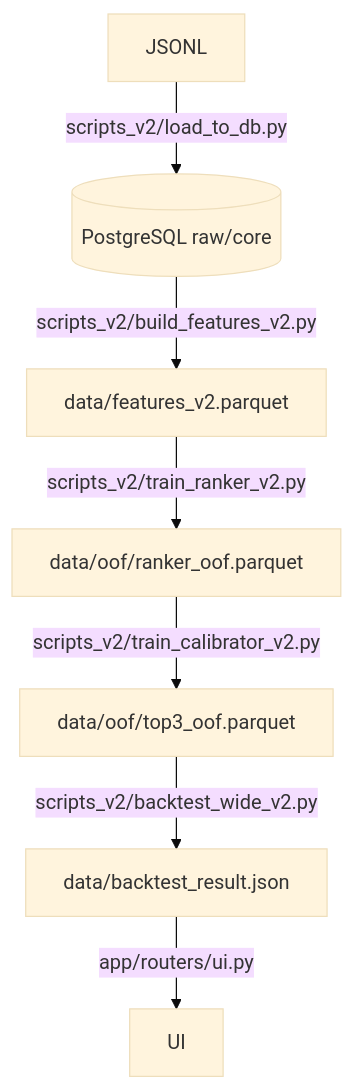
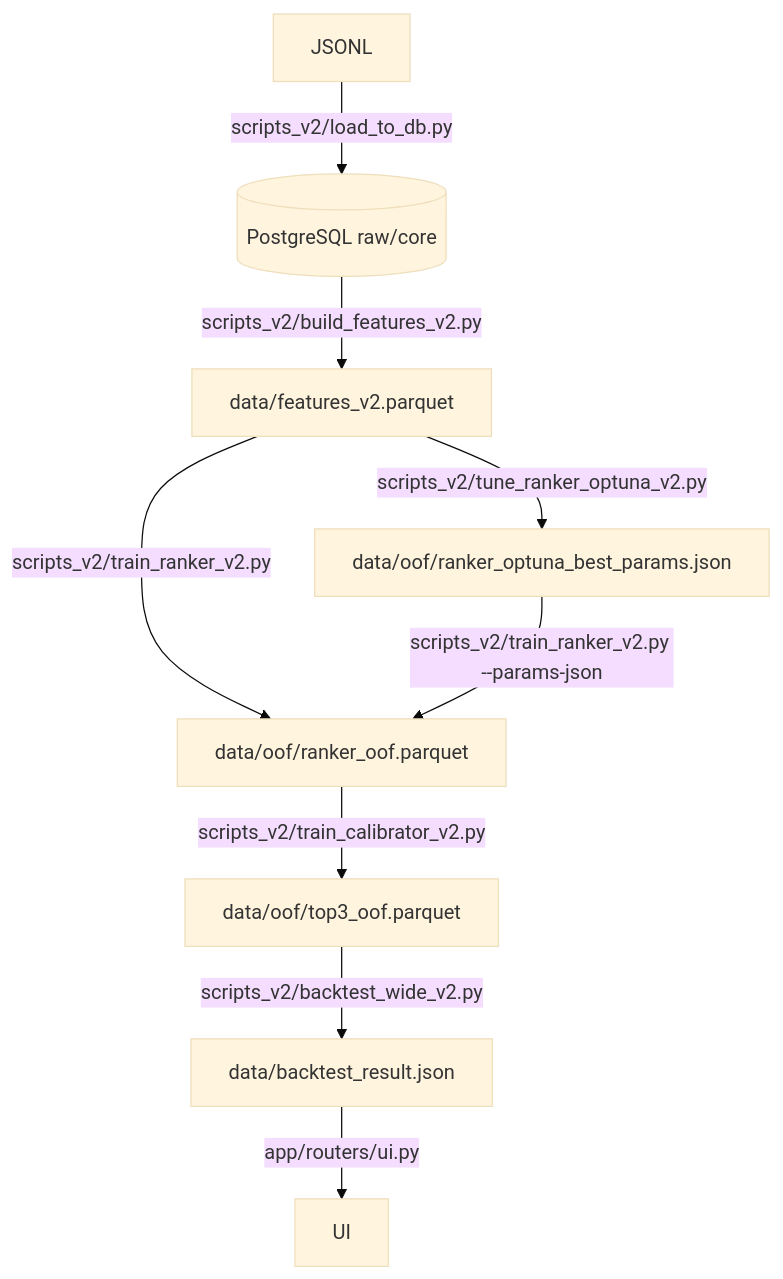
The diagram in docs/ops_v2/スクリプトリファレンス.md (ShingoSatou/keiba), drawn with Mermaid (base theme) before and after one commit. The commit also changed other lines of this file and 15 other files, not shown here.

````diff
--- a/docs/ops_v2/スクリプトリファレンス.md
+++ b/docs/ops_v2/スクリプトリファレンス.md
@@ -228,9 +378,11 @@
 ```mermaid
 graph TD
     JSONL[JSONL] -->|scripts_v2/load_to_db.py| DB[(PostgreSQL raw/core)]
     DB -->|scripts_v2/build_features_v2.py| FEAT[data/features_v2.parquet]
+    FEAT -->|scripts_v2/tune_ranker_optuna_v2.py| OPTUNA[data/oof/ranker_optuna_best_params.json]
     FEAT -->|scripts_v2/train_ranker_v2.py| OOF1[data/oof/ranker_oof.parquet]
+    OPTUNA -->|scripts_v2/train_ranker_v2.py --params-json| OOF1
     OOF1 -->|scripts_v2/train_calibrator_v2.py| OOF2[data/oof/top3_oof.parquet]
     OOF2 -->|scripts_v2/backtest_wide_v2.py| OUT[data/backtest_result.json]
     OUT -->|app/routers/ui.py| UI[UI]
 ```
````
